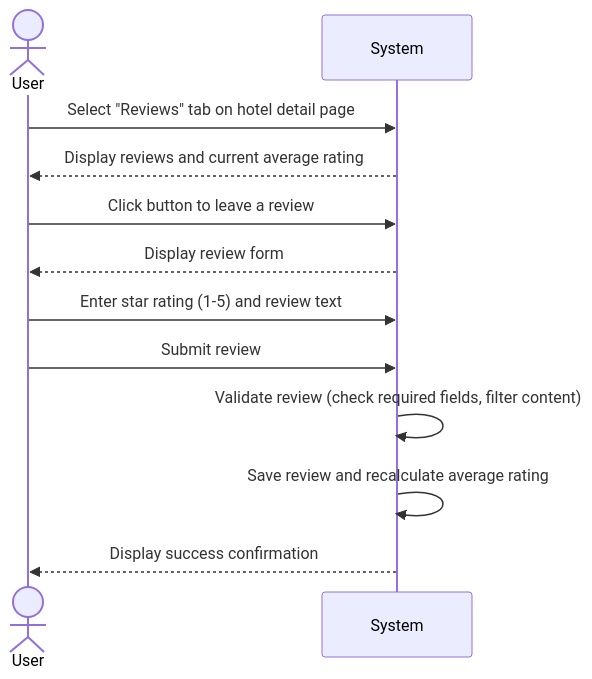
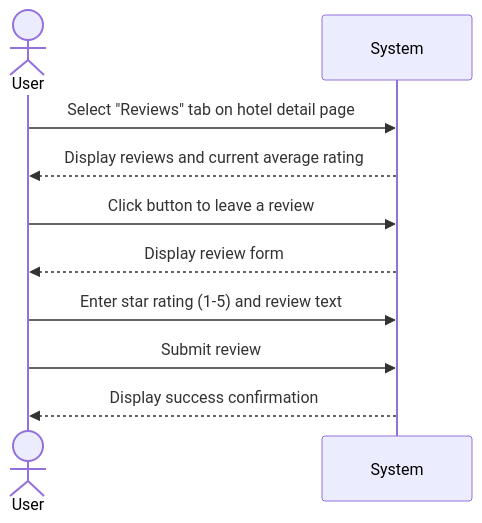
Before and after one commit to JaceYar/Software1-Proj: the diagram in Documentation/User-Cases/Review.md, drawn with Mermaid. The commit also changed 17 other files, not shown here.

````diff
--- a/Documentation/User-Cases/Review.md
+++ b/Documentation/User-Cases/Review.md
@@ -11,15 +11,13 @@
 ```mermaid
 sequenceDiagram
     actor User
     participant System
 
     User->>System: Select "Reviews" tab on hotel detail page
     System-->>User: Display reviews and current average rating
     User->>System: Click button to leave a review
     System-->>User: Display review form
     User->>System: Enter star rating (1-5) and review text
     User->>System: Submit review
-    System->>System: Validate review (check required fields, filter content)
-    System->>System: Save review and recalculate average rating
     System-->>User: Display success confirmation
 ```
````
